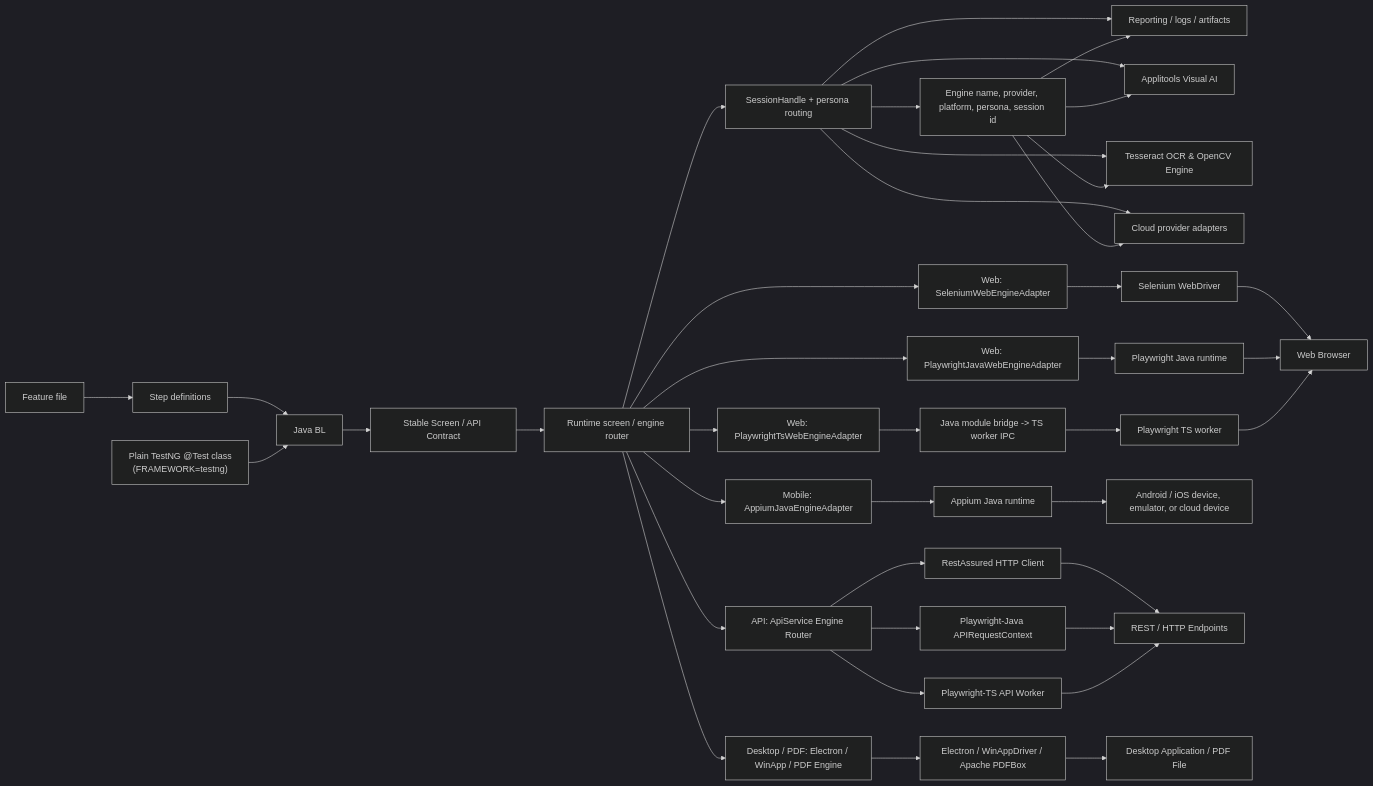
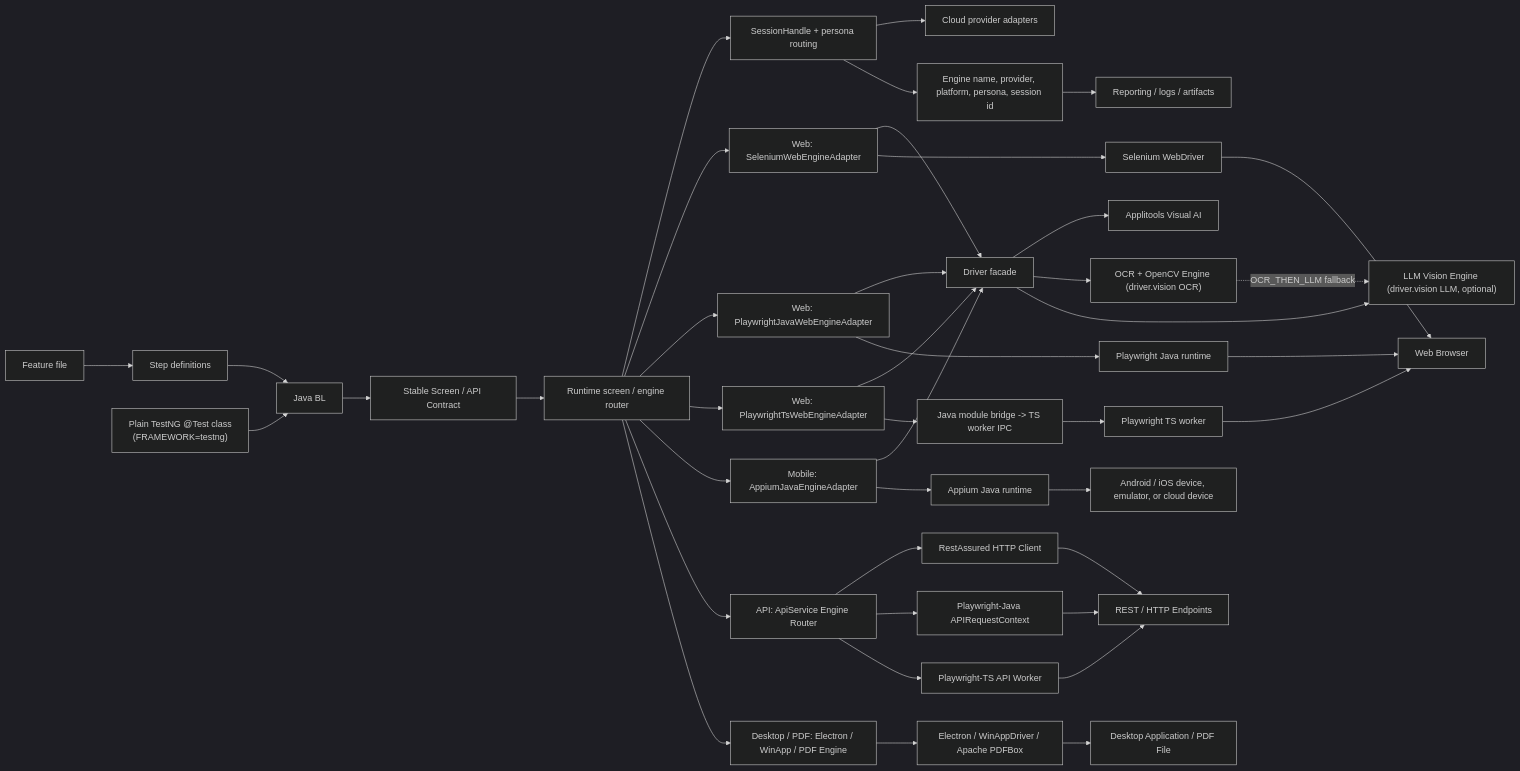
One commit to anandbagmar/teswiz changed the first of 4 diagrams in docs/architecture-and-internals/architecture-notes.md. Above: the diagram before and after it, drawn with Mermaid (dark theme). The commit also changed other lines of this file and 145 other files, not shown here.

First line of the commit message:
Add LLM vision locator: providers, read-value API, configurable health-check (#41)

````diff
--- a/docs/architecture-and-internals/architecture-notes.md
+++ b/docs/architecture-and-internals/architecture-notes.md
@@ -61,46 +61,51 @@
 ```mermaid
 flowchart LR
     F[Feature file] --> S[Step definitions]
     S --> BL[Java BL]
     TNG["Plain TestNG @Test class<br/>(FRAMEWORK=testng)"] --> BL
     BL --> SC[Stable Screen / API Contract]
     SC --> ROUTER[Runtime screen / engine router]
 
     ROUTER --> SH[SessionHandle + persona routing]
-    SH --> REP[Reporting / logs / artifacts]
-    SH --> VIS[Applitools Visual AI]
-    SH --> OCR[Tesseract OCR & OpenCV Engine]
-    SH --> CLOUD[Cloud provider adapters]
+    SH --> CLOUD["Cloud provider adapters"]
 
     ROUTER --> WSEL[Web: SeleniumWebEngineAdapter]
     ROUTER --> WPJ[Web: PlaywrightJavaWebEngineAdapter]
     ROUTER --> WPTS[Web: PlaywrightTsWebEngineAdapter]
     ROUTER --> MAPP[Mobile: AppiumJavaEngineAdapter]
     ROUTER --> APIE[API: ApiService Engine Router]
     ROUTER --> DSK[Desktop / PDF: Electron / WinApp / PDF Engine]
+
+    %% Cross-cutting subsystems are invoked through the active Driver facade
+    %% (which the engine adapters back), not routed by SessionHandle.
+    WSEL --> DRV["Driver facade"]
+    WPJ --> DRV
+    WPTS --> DRV
+    MAPP --> DRV
+    DRV --> VIS["Applitools Visual AI"]
+    DRV --> OCR["OCR + OpenCV Engine (driver.vision OCR)"]
+    DRV --> LLMV["LLM Vision Engine (driver.vision LLM, optional)"]
+    OCR -.->|OCR_THEN_LLM fallback| LLMV
 
     WSEL --> WD[Selenium WebDriver]
     WPJ --> PWJ[Playwright Java runtime]
     WPTS --> IPC[Java module bridge -> TS worker IPC]
     IPC --> PWT[Playwright TS worker]
     MAPP --> APP[Appium Java runtime]
     APIE --> RA[RestAssured HTTP Client]
     APIE --> PWJ_A[Playwright-Java APIRequestContext]
     APIE --> PWTS_A[Playwright-TS API Worker]
     DSK --> ELE[Electron / WinAppDriver / Apache PDFBox]
 
     WD --> B[Web Browser]
     PWJ --> B
     PWT --> B
     APP --> D[Android / iOS device, emulator, or cloud device]
     RA --> API_END[REST / HTTP Endpoints]
     PWJ_A --> API_END
     PWTS_A --> API_END
     ELE --> APP_DESK[Desktop Application / PDF File]
 
     SH --> META[Engine name, provider, platform, persona, session id]
-    META --> REP
-    META --> VIS
-    META --> OCR
-    META --> CLOUD
+    META --> REP["Reporting / logs / artifacts"]
 ```
````
